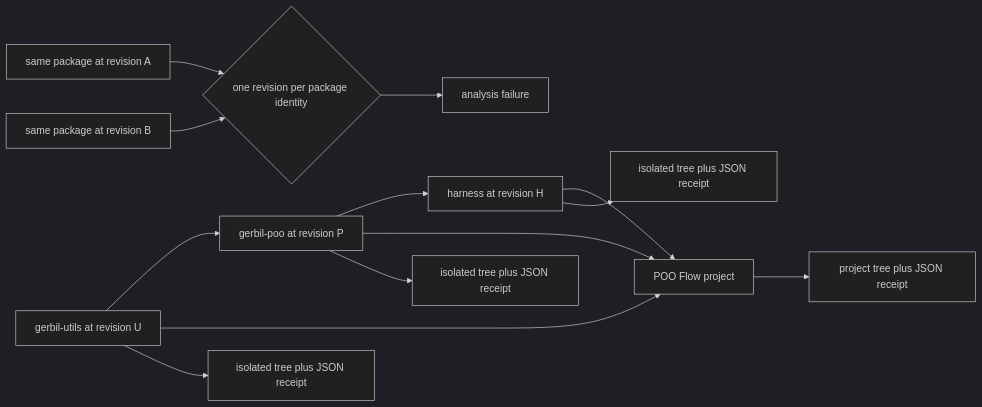
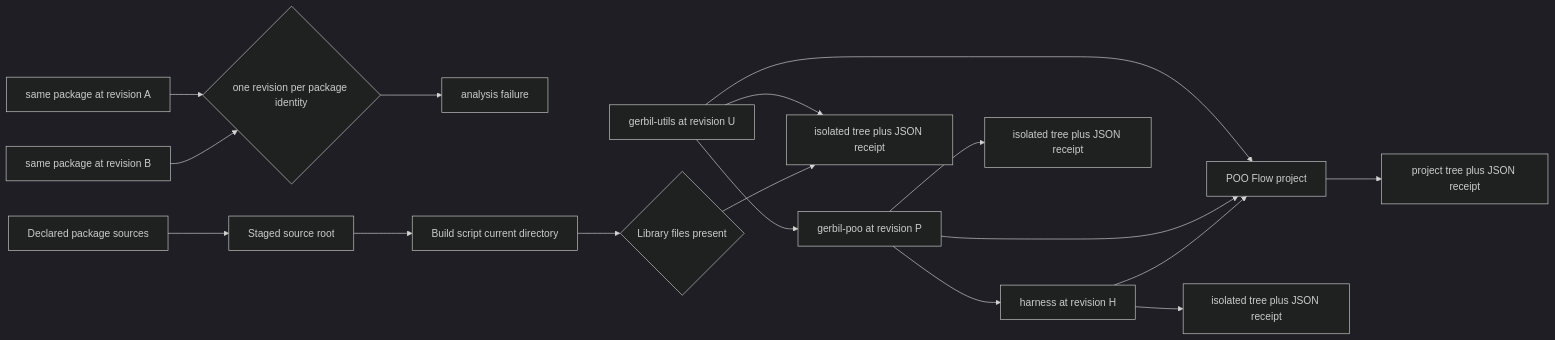
One commit to tao3k/gerbil-bazel changed the first of 2 diagrams in docs/rfc/0003-atomic-package-graph.org. Above: the diagram before and after it, drawn with Mermaid (dark theme). The commit also changed other lines of this file and 3 other files, not shown here.

Commit message:
fix: enforce Gerbil package source roots

```diff
--- a/docs/rfc/0003-atomic-package-graph.org
+++ b/docs/rfc/0003-atomic-package-graph.org
@@ -26,15 +28,19 @@
 #+begin_src mermaid
 flowchart LR
   U[gerbil-utils at revision U] --> P[gerbil-poo at revision P]
   P --> H[harness at revision H]
   U --> Root[POO Flow project]
   P --> Root
   H --> Root
   C1[same package at revision A] --> Guard{one revision per package identity}
   C2[same package at revision B] --> Guard
   Guard --> Failure[analysis failure]
   U --> UR[isolated tree plus JSON receipt]
   P --> PR[isolated tree plus JSON receipt]
   H --> HR[isolated tree plus JSON receipt]
   Root --> RR[project tree plus JSON receipt]
+  Sources[Declared package sources] --> Stage[Staged source root]
+  Stage --> Build[Build script current directory]
+  Build --> OutputGuard{Library files present}
+  OutputGuard --> UR
 #+end_src
```
